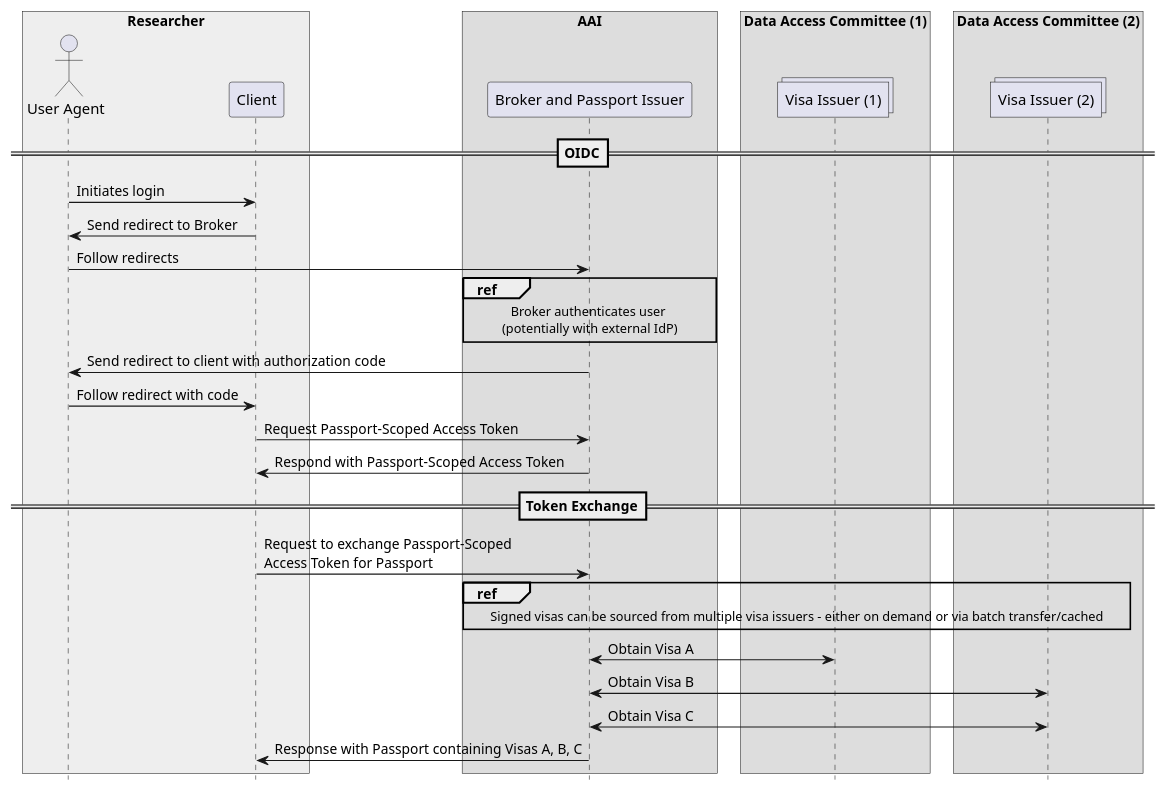
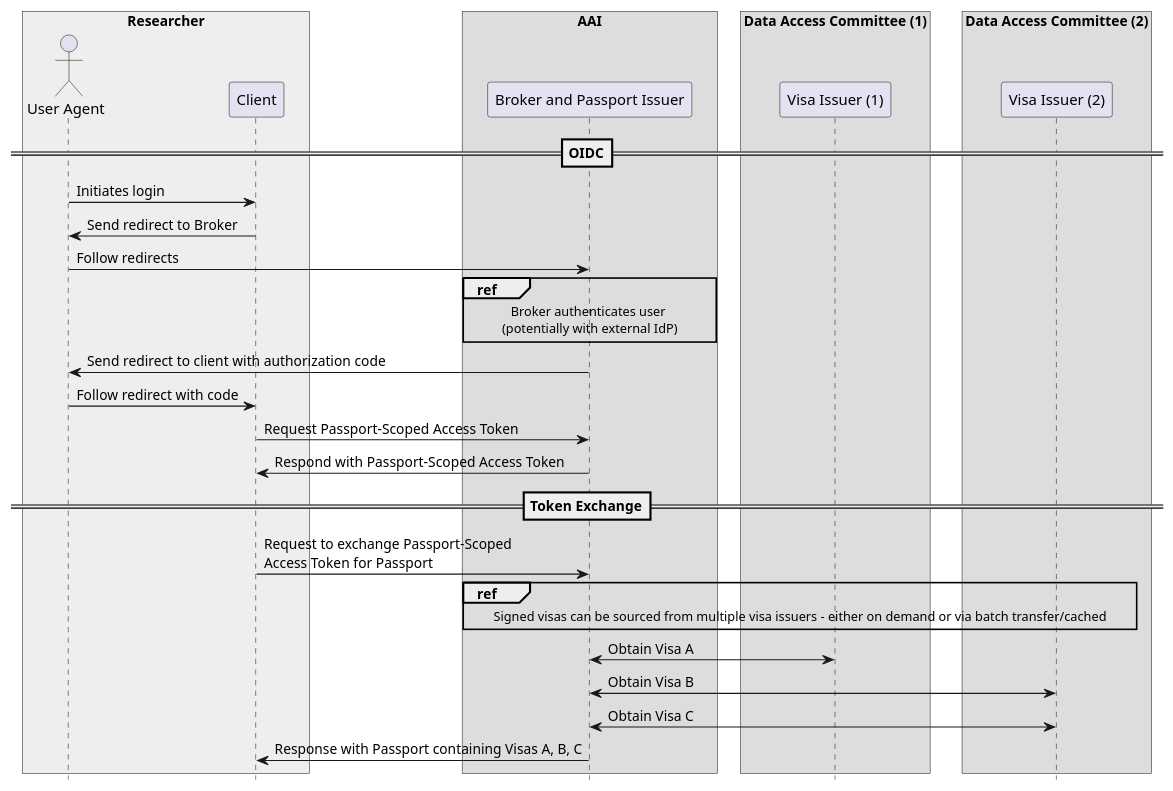
Before and after one commit to ga4gh/data-security: the fifth of 5 diagrams in AAI/AAIConnectProfile.md, drawn with PlantUML. The commit also changed other lines of this file, not shown here.

Commit message:
single Visa Issuers in sequence diagrams

```diff
--- a/AAI/AAIConnectProfile.md
+++ b/AAI/AAIConnectProfile.md
@@ -612,53 +612,53 @@
 {% plantuml %}
 
 hide footbox
 skinparam BoxPadding 10
 skinparam ParticipantPadding 20
 
 box "Researcher"  #eee
 actor       "User Agent"                as user
 participant Client                      as client
 end box
 
 box "AAI"
 participant "Broker and Passport Issuer"                      as broker
 end box
 
 box "Data Access Committee (1)"
-collections "Visa Issuer (1)"            as issuer1
+participant "Visa Issuer (1)"            as issuer1
 end box
 
 box "Data Access Committee (2)"
-collections "Visa Issuer (2)"            as issuer2
+participant "Visa Issuer (2)"            as issuer2
 end box
 
 ==OIDC==
 
 user -> client : Initiates login
 client -> user : Send redirect to Broker
 user -> broker : Follow redirects
 ref over broker
 Broker authenticates user 
 (potentially with external IdP)
 end ref
 broker -> user : Send redirect to client with authorization code
 user -> client : Follow redirect with code
 
 client -> broker : Request Passport-Scoped Access Token
 broker -> client : Respond with Passport-Scoped Access Token
 
 ==Token Exchange==
 
 client -> broker : Request to exchange Passport-Scoped \nAccess Token for Passport
 
 ref over broker, issuer1, issuer2
 Signed visas can be sourced from multiple visa issuers - either on demand or via batch transfer/cached
 end ref
 
 broker <-> issuer1 : Obtain Visa A
 broker <-> issuer2 : Obtain Visa B
 broker <-> issuer2 : Obtain Visa C
 client <- broker : Response with Passport containing Visas A, B, C
 
 
 {% endplantuml %}
```
